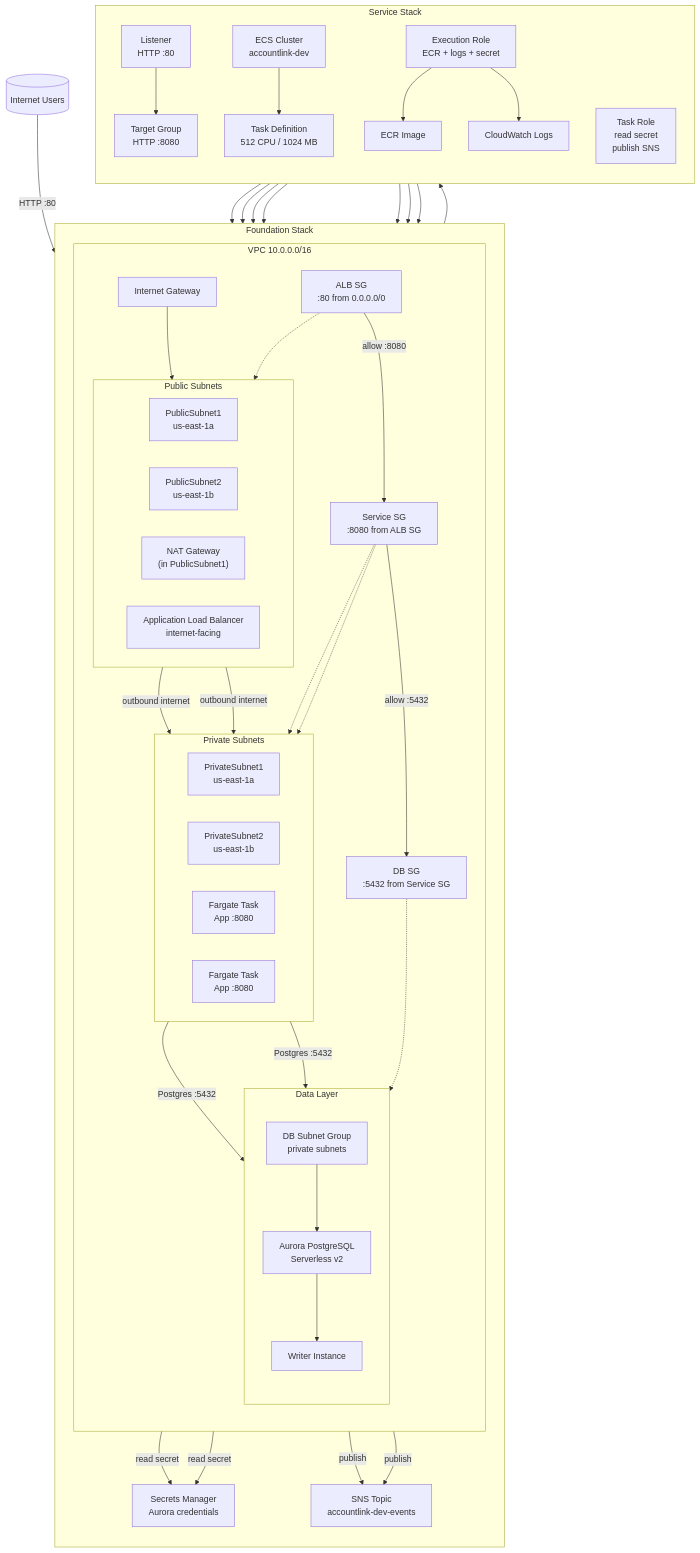
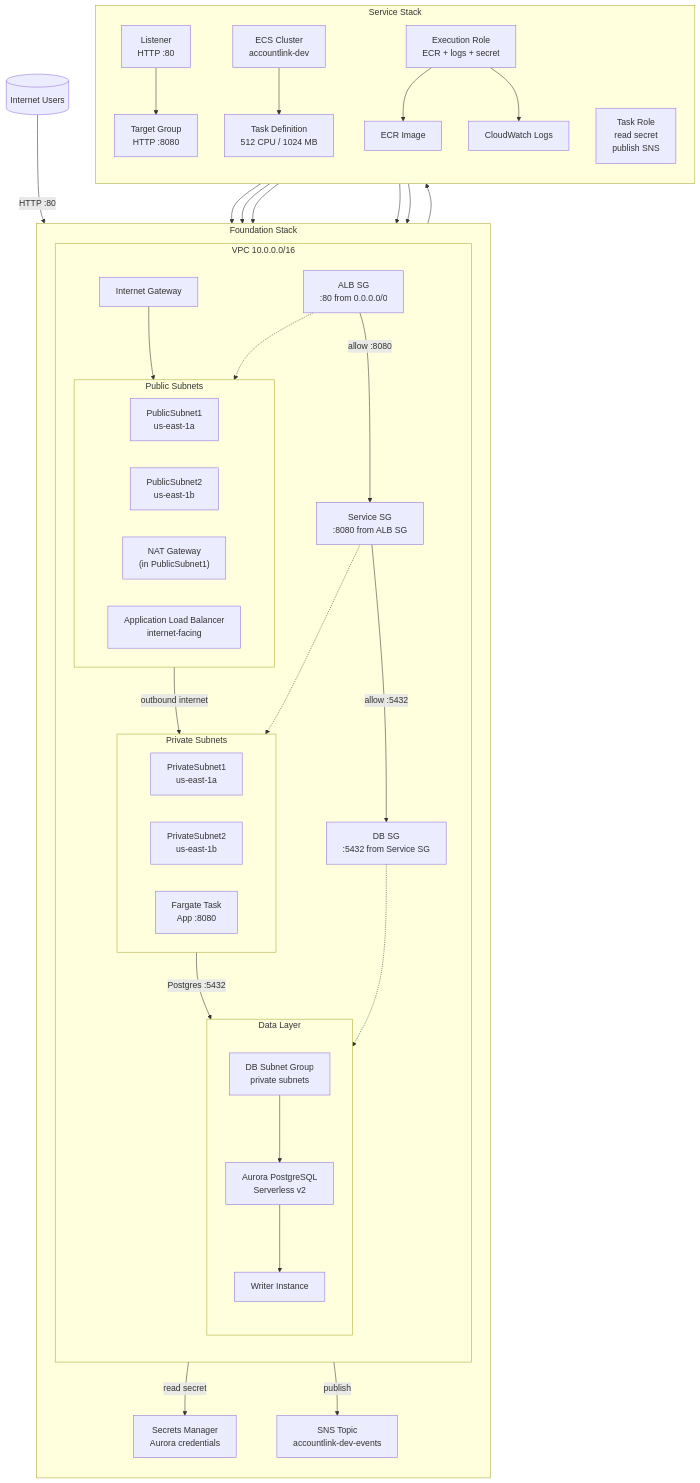
Before and after one commit to smmcneill/accountlink-platform-go: the diagram in infra/cdk/README.md, drawn with Mermaid. The commit also changed 1 other file, not shown here.

Commit message:
chore: move deployment dia to readme

````diff
--- a/infra/cdk/README.md
+++ b/infra/cdk/README.md
@@ -41,7 +41,6 @@
                 PrivB["PrivateSubnet2<br/>us-east-1b"]
 
                 TaskA["Fargate Task<br/>App :8080"]
-                TaskB["Fargate Task<br/>App :8080"]
             end
 
             %% Data
@@ -79,12 +78,10 @@
     ALB --> Listener
     Listener --> TG
     TG --> TaskA
-    TG --> TaskB
 
     %% Security relationships
     AlbSg -.-> ALB
     ServiceSg -.-> TaskA
-    ServiceSg -.-> TaskB
     AlbSg -->|"allow :8080"| ServiceSg
     ServiceSg -->|"allow :5432"| DbSg
     DbSg -.-> Aurora
@@ -92,7 +89,6 @@
     %% ECS relationships
     Cluster --> TaskDef
     TaskDef --> TaskA
-    TaskDef --> TaskB
 
     %% Runtime dependencies
     ExecRole --> Image
@@ -103,13 +99,10 @@
     TaskRole --> EventTopic
 
     TaskA -->|"read secret"| DbSecret
-    TaskB -->|"read secret"| DbSecret
 
     TaskA -->|"Postgres :5432"| Aurora
-    TaskB -->|"Postgres :5432"| Aurora
 
     TaskA -->|"publish"| EventTopic
-    TaskB -->|"publish"| EventTopic
 
     %% Data layer
     DbSubnetGroup --> Aurora
@@ -117,5 +110,4 @@
 
     %% Egress
     NAT -->|"outbound internet"| TaskA
-    NAT -->|"outbound internet"| TaskB
 ```
````
